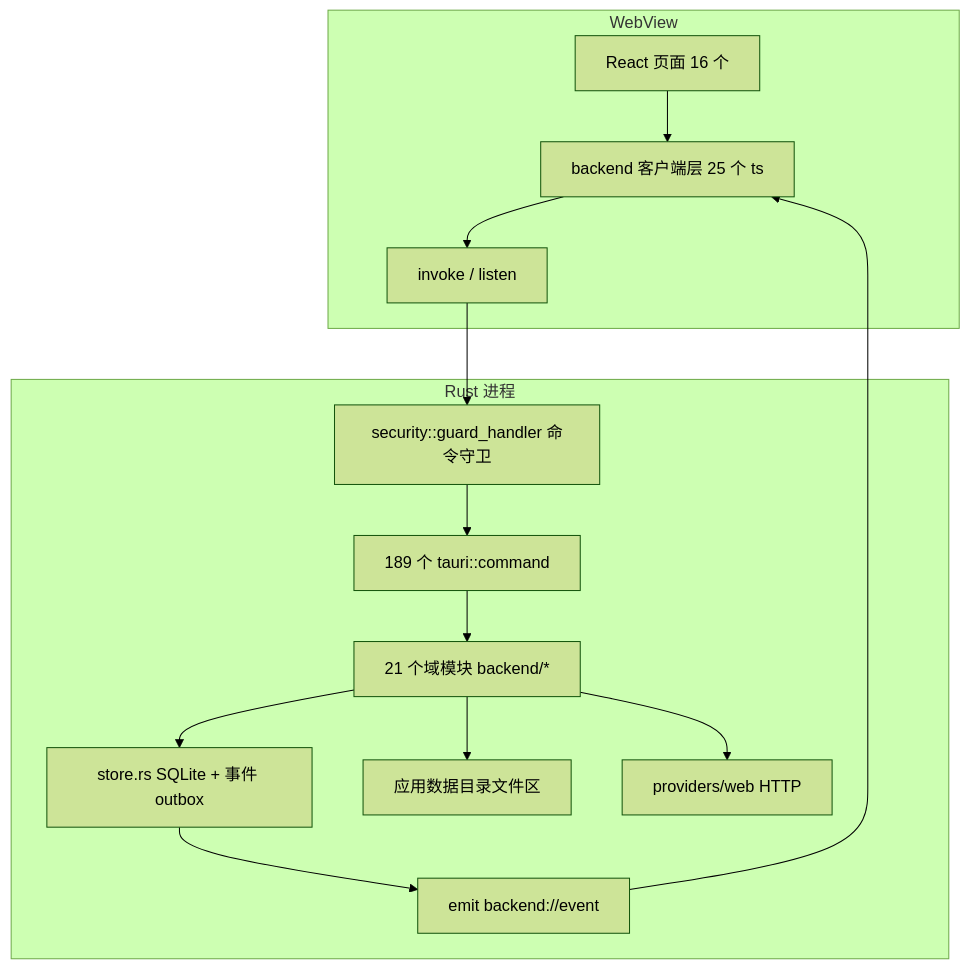
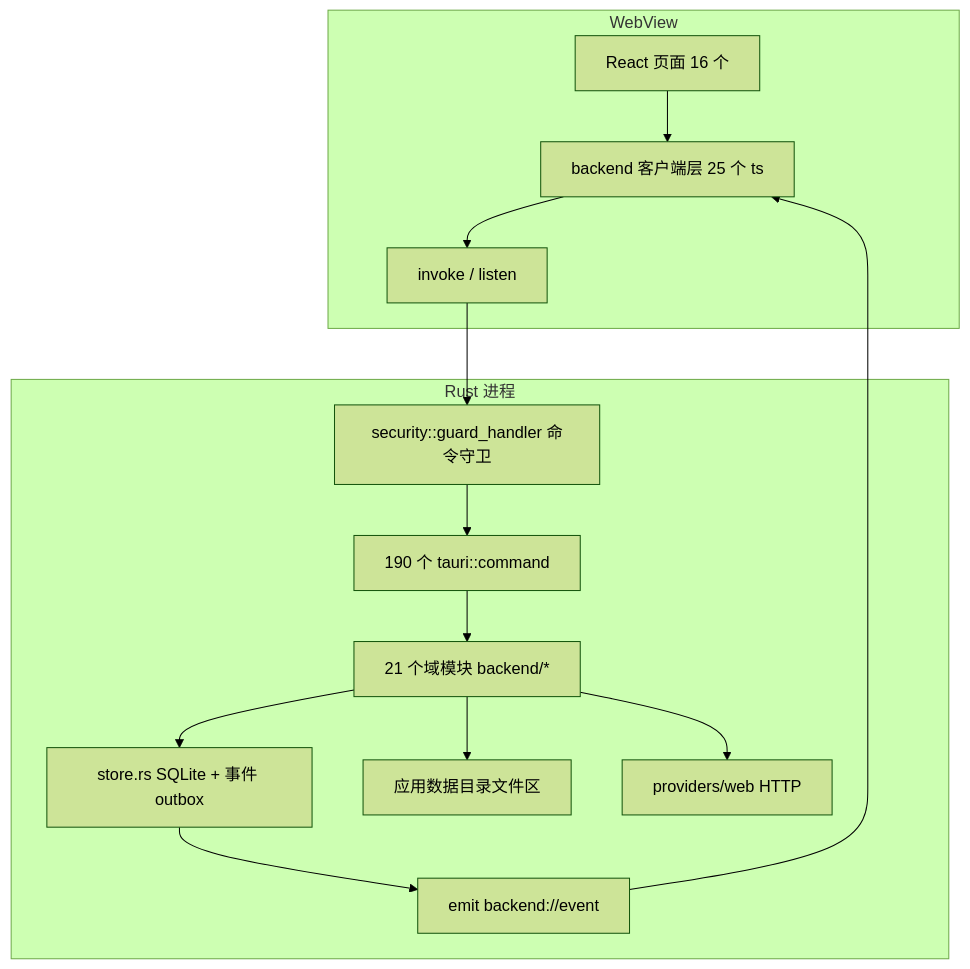
One commit to hershate/Deep-tutor changed the first of 5 diagrams in docs/architecture/01-architecture.md. Above: the diagram before and after it, drawn with Mermaid (forest theme). The commit also changed other lines of this file and 10 other files, not shown here.

````diff
--- a/docs/architecture/01-architecture.md
+++ b/docs/architecture/01-architecture.md
@@ -9,17 +9,17 @@
 ```mermaid
 graph TD
     subgraph WebView
         P[React 页面 16 个] --> CL[backend 客户端层 25 个 ts]
         CL --> IP[invoke / listen]
     end
     subgraph Rust 进程
         IP --> GH[security::guard_handler 命令守卫]
-        GH --> CMD[189 个 tauri::command]
+        GH --> CMD[190 个 tauri::command]
         CMD --> DOM[21 个域模块 backend/*]
         DOM --> ST[store.rs SQLite + 事件 outbox]
         DOM --> FS[应用数据目录文件区]
         DOM --> NET[providers/web HTTP]
         ST --> EMIT[emit backend://event]
     end
     EMIT --> CL
 ```
````
